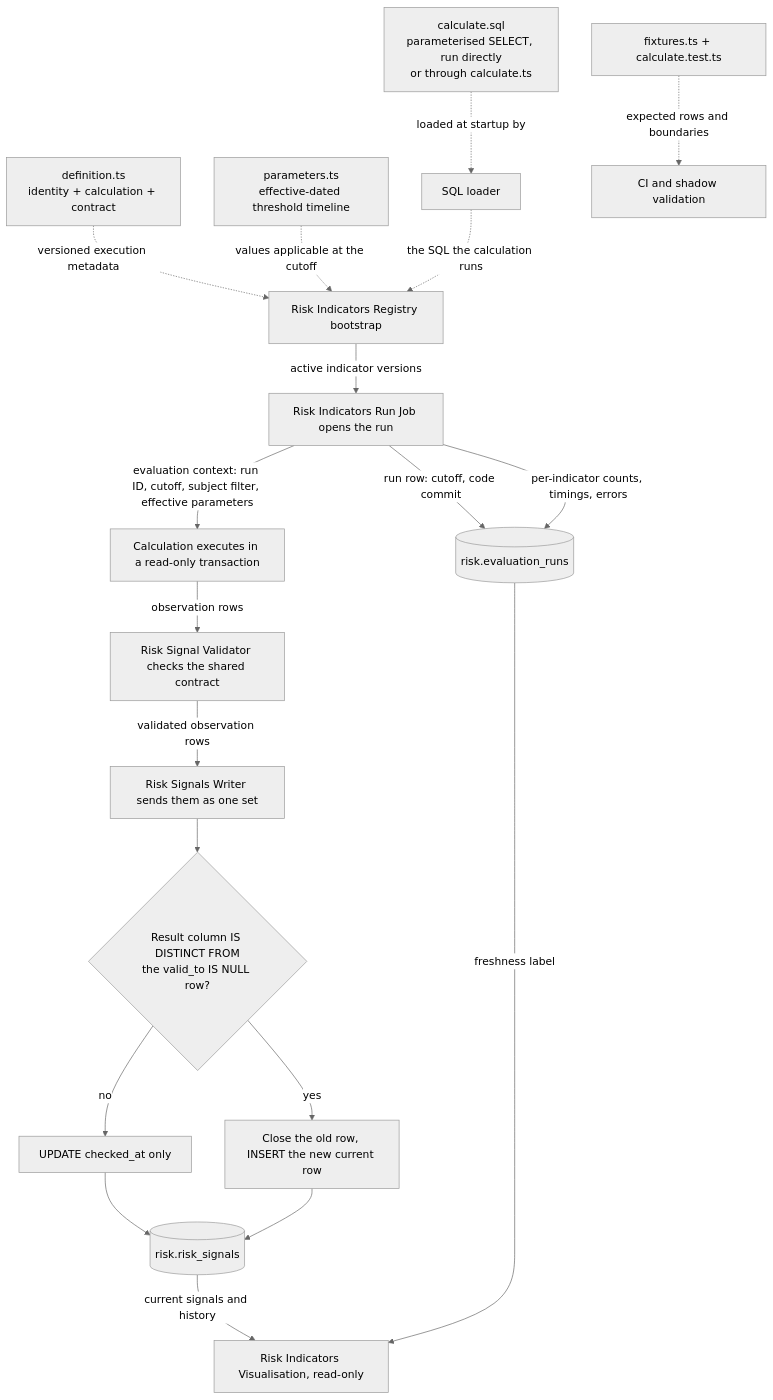
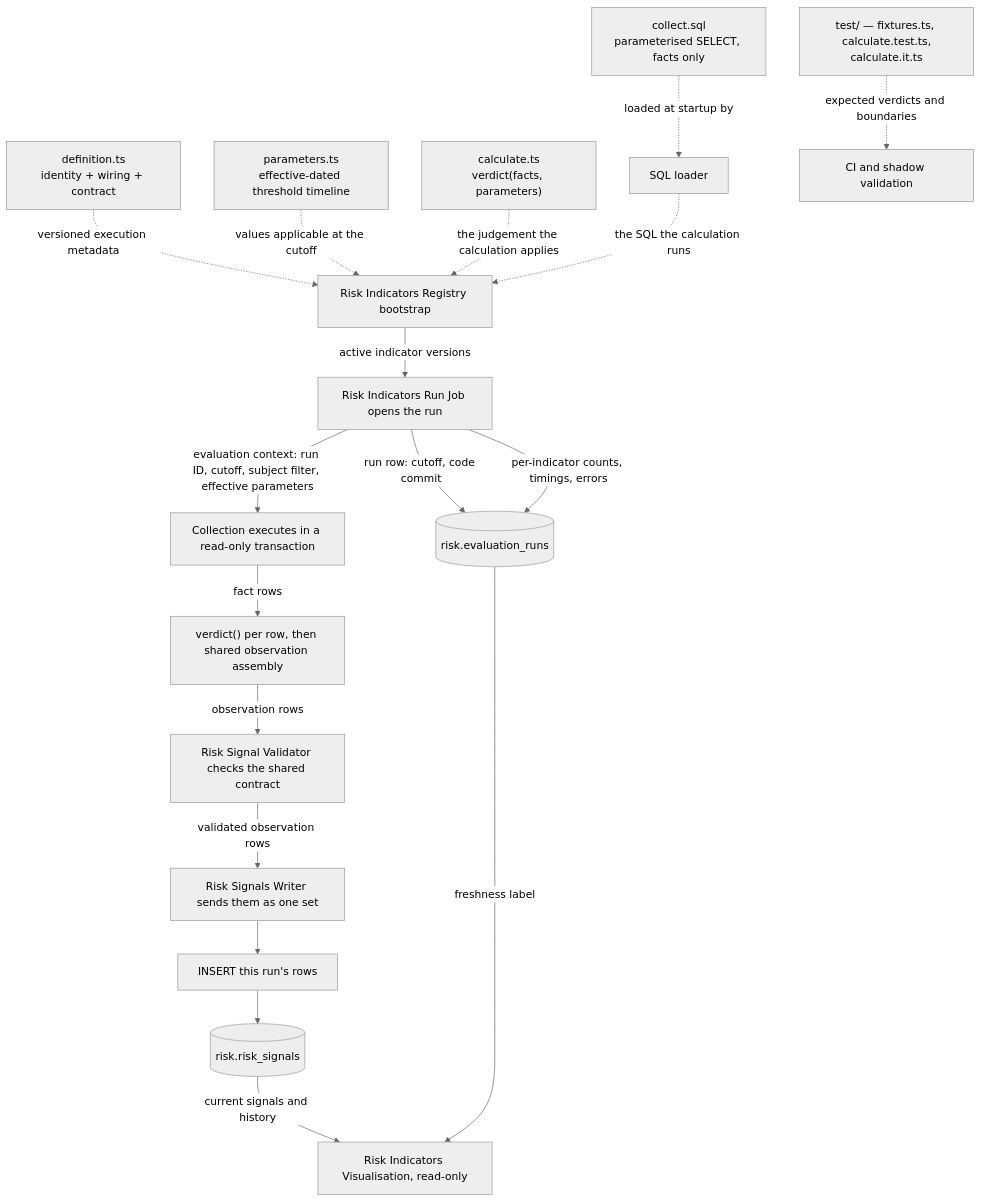
Before and after one commit to Viespirkiu-grupe/viespirkiai: the third of 7 diagrams in docs/indicators-story/risk-service-architecture.md, drawn with Mermaid (neutral theme). The commit also changed other lines of this file and 16 other files, not shown here.

Commit message:
removed update, risk signals retrieved by the run id

````diff
--- a/docs/indicators-story/risk-service-architecture.md
+++ b/docs/indicators-story/risk-service-architecture.md
@@ -944,21 +1151,20 @@
 ```mermaid
 flowchart TD
-    D["definition.ts<br/>identity + calculation + contract"] -.->|" versioned execution metadata "| R["Risk Indicators Registry bootstrap"]
+    D["definition.ts<br/>identity + wiring + contract"] -.->|" versioned execution metadata "| R["Risk Indicators Registry bootstrap"]
     PM["parameters.ts<br/>effective-dated threshold timeline"] -.->|" values applicable at the cutoff "| R
-    Q["calculate.sql<br/>parameterised SELECT, run directly<br/>or through calculate.ts"] -.->|" loaded at startup by "| L["SQL loader"]
+    Q["collect.sql<br/>parameterised SELECT, facts only"] -.->|" loaded at startup by "| L["SQL loader"]
+    CT["calculate.ts<br/>verdict(facts, parameters)"] -.->|" the judgement the calculation applies "| R
     L -.->|" the SQL the calculation runs "| R
-    F["fixtures.ts + calculate.test.ts"] -.->|" expected rows and boundaries "| C["CI and shadow validation"]
+    F["test/ — fixtures.ts, calculate.test.ts,<br/>calculate.it.ts"] -.->|" expected verdicts and boundaries "| C["CI and shadow validation"]
     R -->|" active indicator versions "| W["Risk Indicators Run Job opens the run"]
     W -->|" run row: cutoff, code commit "| J[("risk.evaluation_runs")]
-    W -->|" evaluation context: run ID, cutoff, subject filter, effective parameters "| X["Calculation executes in a read-only transaction"]
-    X -->|" observation rows "| V["Risk Signal Validator checks the shared contract"]
+    W -->|" evaluation context: run ID, cutoff, subject filter, effective parameters "| X["Collection executes in a read-only transaction"]
+    X -->|" fact rows "| Y["verdict() per row, then shared observation assembly"]
+    Y -->|" observation rows "| V["Risk Signal Validator checks the shared contract"]
     V -->|" validated observation rows "| A["Risk Signals Writer sends them as one set"]
-    A --> G{"Result column IS DISTINCT FROM<br/>the valid_to IS NULL row?"}
-    G -->|" no "| SAME["UPDATE checked_at only"]
-    G -->|" yes "| NEW["Close the old row, INSERT the new current row"]
-    SAME --> H[("risk.risk_signals")]
-    NEW --> H
+    A --> NEW["INSERT this run's rows"]
+    NEW --> H[("risk.risk_signals")]
     W -->|" per-indicator counts, timings, errors "| J
     H -->|" current signals and history "| U["Risk Indicators Visualisation, read-only"]
     J -->|" freshness label "| U
 ```
````
